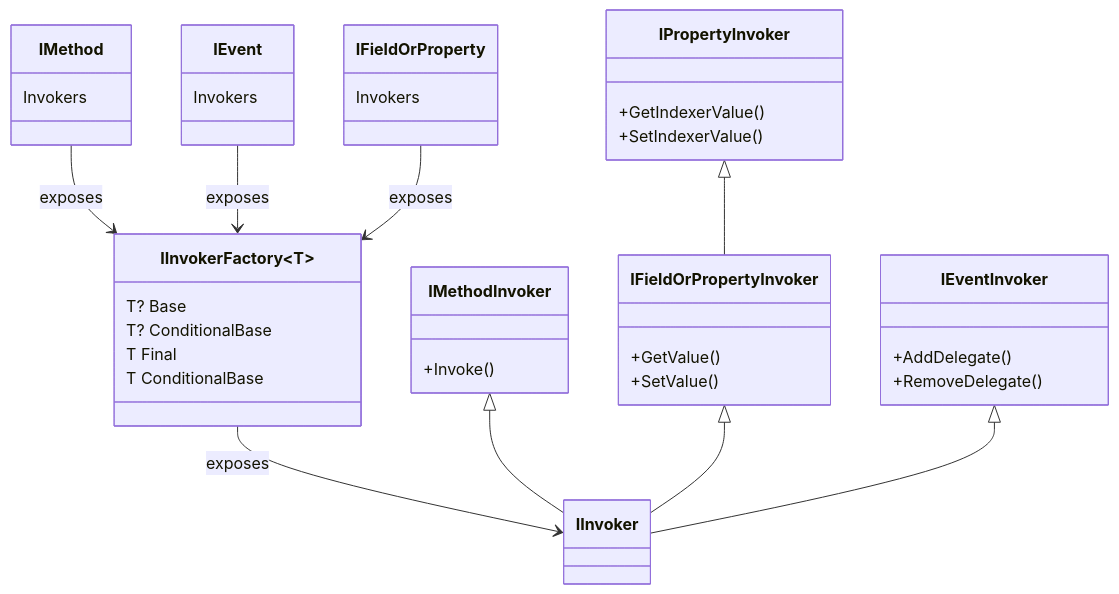
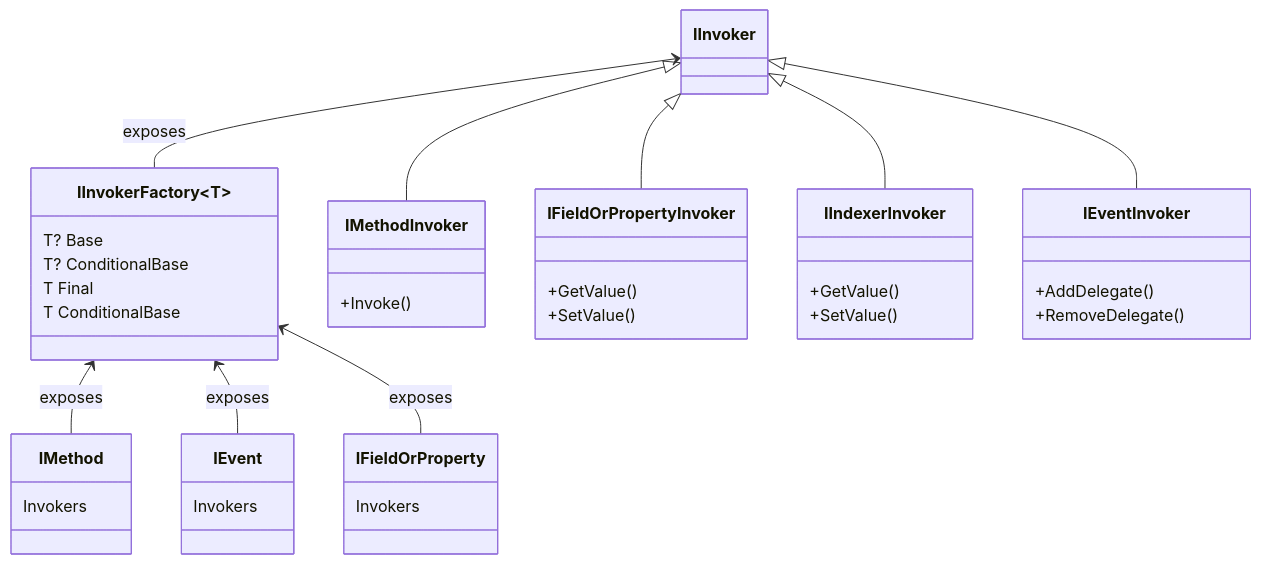
Before and after one commit to postsharp/Metalama.Documentation: the diagram in docfx/namespaces/Metalama.Framework.Code.Invokers.md, drawn with Mermaid. The commit also changed 9 other files, not shown here.

Commit message:
Improved class diagrams

````diff
--- a/docfx/namespaces/Metalama.Framework.Code.Invokers.md
+++ b/docfx/namespaces/Metalama.Framework.Code.Invokers.md
@@ -21,55 +21,55 @@
 ```mermaid
 classDiagram
 
 class IInvokerFactory~T~ {
    T? Base
    T? ConditionalBase
    T Final
    T ConditionalBase
 }
 
-IInvokerFactory~T~ --> IInvoker: exposes
+IInvoker <-- IInvokerFactory~T~: exposes
 
-IMethod --> IInvokerFactory~IMethodInvoker~: exposes
-IEvent --> IInvokerFactory~IEventInvoker~: exposes
-IFieldOrProperty --> IInvokerFactory~IFieldOrPropertyInvoker~: exposes
+IInvokerFactory~IMethodInvoker~ <-- IMethod: exposes
+IInvokerFactory~IEventInvoker~ <-- IEvent: exposes
+IInvokerFactory~IFieldOrPropertyInvoker~ <-- IFieldOrProperty: exposes
 
-IMethodInvoker <|-- IInvoker
-IFieldOrPropertyInvoker <|-- IInvoker
-IPropertyInvoker <|-- IFieldOrPropertyInvoker
-IEventInvoker <|-- IInvoker
+IInvoker <|-- IMethodInvoker
+IInvoker <|-- IFieldOrPropertyInvoker
+IInvoker <|-- IIndexerInvoker
+IInvoker <|-- IEventInvoker
 
 class IMethod {
    Invokers
 }
 
 class IEvent {
    Invokers
 }
 
 class IFieldOrProperty {
    Invokers
 }
 
 
 
 class IMethodInvoker {
  +Invoke()
 }
 
 class IFieldOrPropertyInvoker {
    +GetValue()
    +SetValue()
 }
 
-class IPropertyInvoker {
-   +GetIndexerValue()
-   +SetIndexerValue()
+class IIndexerInvoker {
+   +GetValue()
+   +SetValue()
 }
 
 class IEventInvoker {
    +AddDelegate()
    +RemoveDelegate()
 }
 
 ```
````
